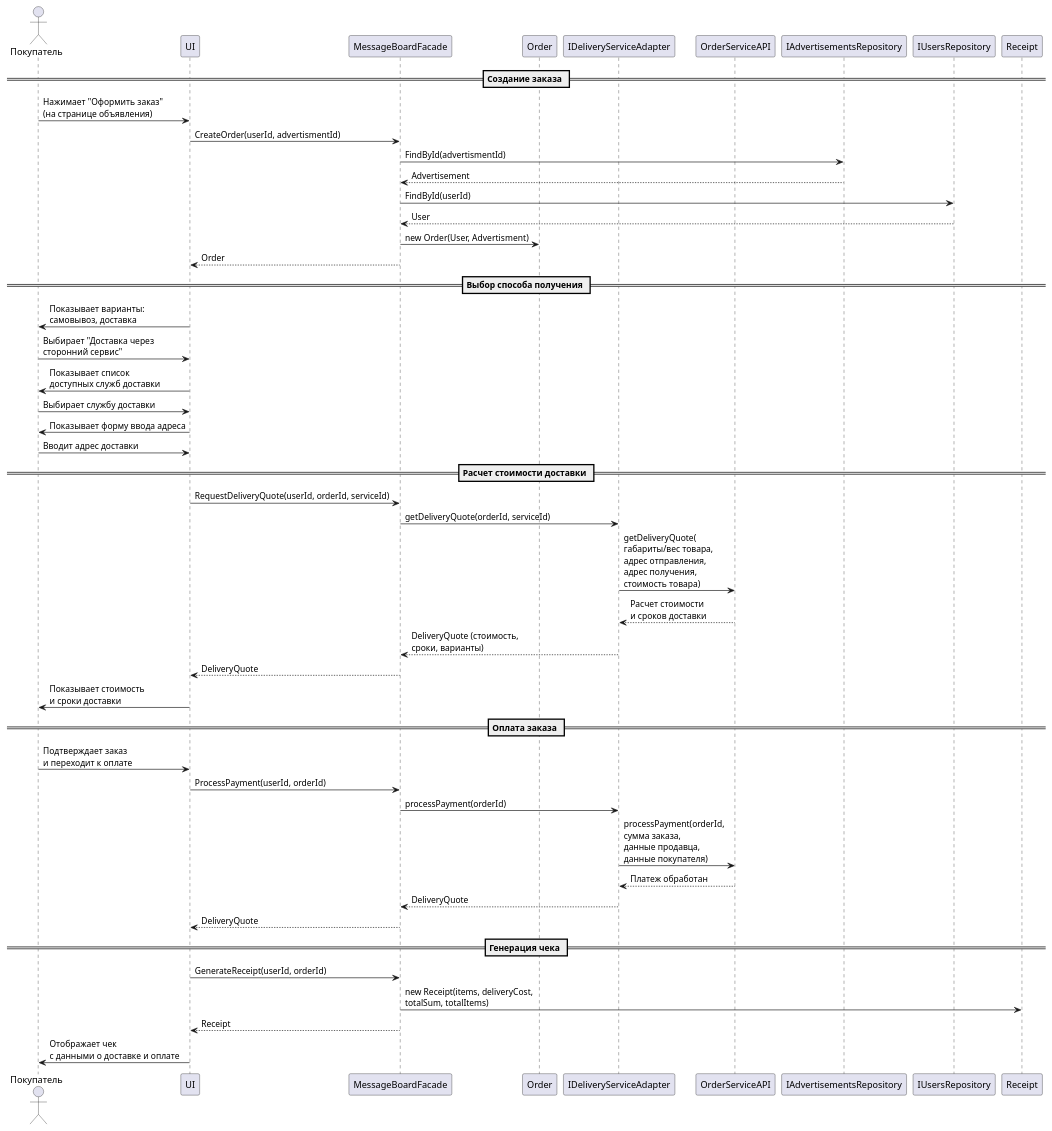
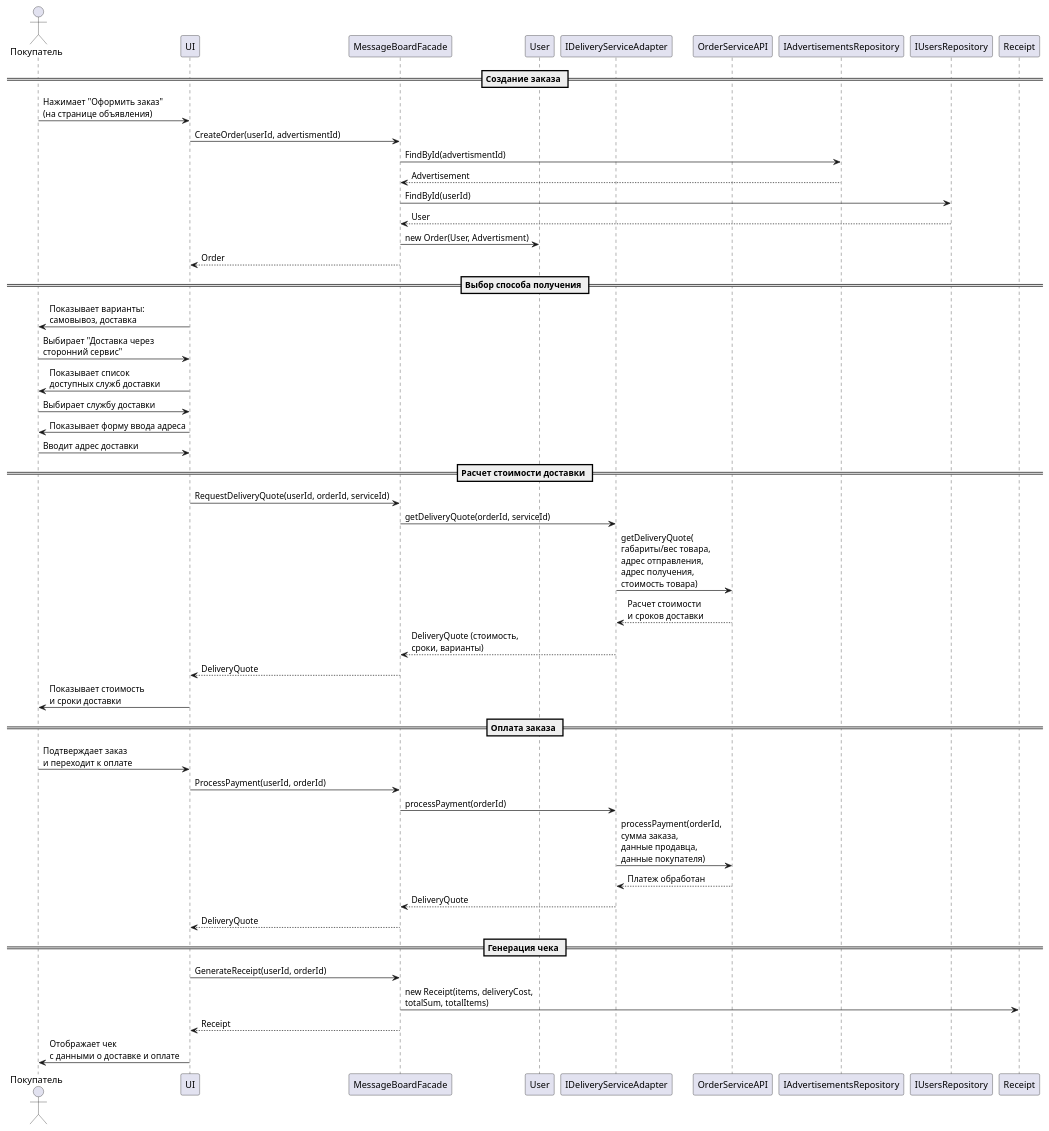
One commit to penamarth/bsbo-02-23_team3_var13_messboard changed the diagram in Оформление заказа (Архипенков В.О.)/Диаграмма последовательности.md. Above: the diagram before and after it, drawn with PlantUML. The commit also changed 5 other files, not shown here.

````diff
--- a/Оформление заказа (Архипенков В.О.)/Диаграмма последовательности.md
+++ b/Оформление заказа (Архипенков В.О.)/Диаграмма последовательности.md
@@ -1,82 +1,82 @@
 ```plantuml
 @startuml
 actor Покупатель
 participant "UI" as UI
 participant "MessageBoardFacade" as MBF
-participant "Order" as Order
+participant "User" as Order
 participant "IDeliveryServiceAdapter" as Adapter
 participant "OrderServiceAPI" as DeliveryAPI
 participant "IAdvertisementsRepository" as AdvRepo
 participant "IUsersRepository" as UserRepo
 ' participant "Advertisement" as Ad
 ' participant "User" as Seller
 ' participant "User" as Buyer
 participant "Receipt" as Receipt
 
 == Создание заказа ==
 
 Покупатель -> UI: Нажимает "Оформить заказ"\n(на странице объявления)
 
 UI -> MBF: CreateOrder(userId, advertismentId)
 MBF -> AdvRepo: FindById(advertismentId)
 AdvRepo --> MBF: Advertisement
 MBF -> UserRepo: FindById(userId)
 UserRepo --> MBF: User
 MBF -> Order: new Order(User, Advertisment)
 MBF --> UI: Order
 
 == Выбор способа получения ==
 
 UI -> Покупатель: Показывает варианты:\nсамовывоз, доставка
 
 Покупатель -> UI: Выбирает "Доставка через\nсторонний сервис"
 
 UI -> Покупатель: Показывает список\nдоступных служб доставки
 
 Покупатель -> UI: Выбирает службу доставки
 
 UI -> Покупатель: Показывает форму ввода адреса
 
 Покупатель -> UI: Вводит адрес доставки
 
 == Расчет стоимости доставки ==
 
 UI -> MBF: RequestDeliveryQuote(userId, orderId, serviceId)
 
 MBF -> Adapter: getDeliveryQuote(orderId, serviceId)
 
 Adapter -> DeliveryAPI: getDeliveryQuote(\nгабариты/вес товара,\nадрес отправления,\nадрес получения,\nстоимость товара)
 
 DeliveryAPI --> Adapter: Расчет стоимости\nи сроков доставки
 
 Adapter --> MBF: DeliveryQuote (стоимость,\nсроки, варианты)
 
 MBF --> UI: DeliveryQuote
 
 UI -> Покупатель: Показывает стоимость\nи сроки доставки
 
 == Оплата заказа ==
 
 Покупатель -> UI: Подтверждает заказ\nи переходит к оплате
 
 UI -> MBF: ProcessPayment(userId, orderId)
 
 MBF -> Adapter: processPayment(orderId)
 
 Adapter -> DeliveryAPI: processPayment(orderId,\nсумма заказа,\nданные продавца,\nданные покупателя)
 
 DeliveryAPI --> Adapter: Платеж обработан
 Adapter --> MBF: DeliveryQuote
 MBF --> UI: DeliveryQuote
 
 == Генерация чека ==
 
 UI -> MBF: GenerateReceipt(userId, orderId)
 
 MBF -> Receipt: new Receipt(items, deliveryCost, \ntotalSum, totalItems)
 
 MBF --> UI: Receipt
 
 UI -> Покупатель: Отображает чек\nс данными о доставке и оплате
 @enduml
 ```
````
